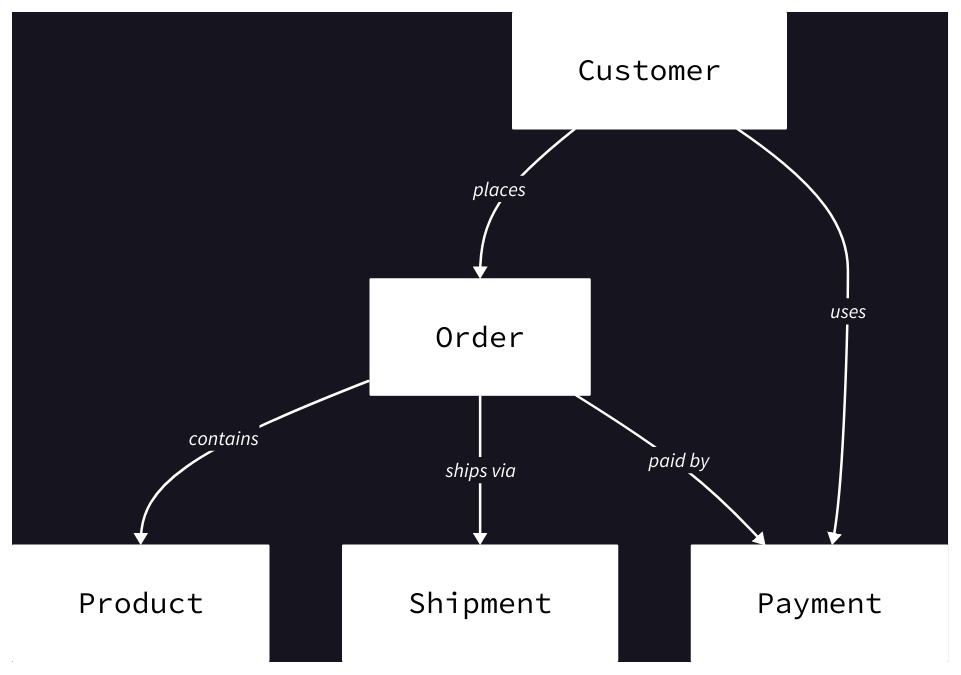
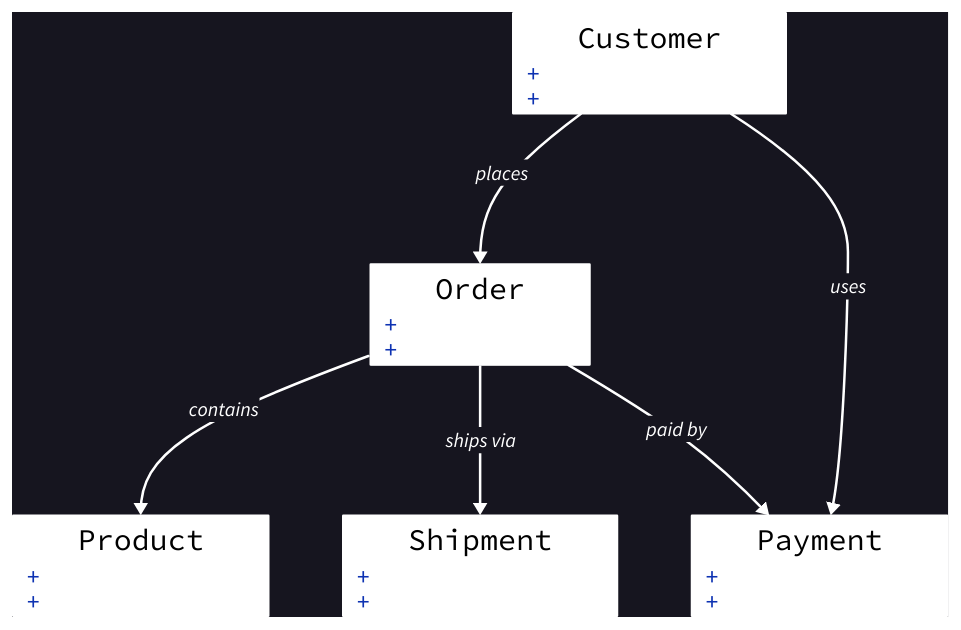
The diagram in src/content/posts/2026-05-29-service-boundaries-are-about-authority.md (dvdstelt/weblog), drawn with D2 before and after one commit.

Commit message:
✨ Add empty body compartments to authority diagram classes

````diff
--- a/src/content/posts/2026-05-29-service-boundaries-are-about-authority.md
+++ b/src/content/posts/2026-05-29-service-boundaries-are-about-authority.md
@@ -92,35 +92,45 @@
 ```d2
 # Inverted palette: page-matched background, white boxes and lines, white connection labels
 style.fill: "#16151F"
 *.style.fill: "#FFFFFF"
 *.style.stroke: "#FFFFFF"
 *.style.font-color: "#000000"
 (* -> *)[*].style.stroke: "#FFFFFF"
 (* -> *)[*].style.font-color: "#FFFFFF"
 
 Customer: {
   shape: class
+  " ": ""
+  "  ": ""
 }
 
 Order: {
   shape: class
+  " ": ""
+  "  ": ""
 }
 
 Product: {
   shape: class
+  " ": ""
+  "  ": ""
 }
 
 Shipment: {
   shape: class
+  " ": ""
+  "  ": ""
 }
 
 Payment: {
   shape: class
+  " ": ""
+  "  ": ""
 }
 
 Customer -> Order: places
 Customer -> Payment: uses
 Order -> Product: contains
 Order -> Shipment: ships via
 Order -> Payment: paid by
 ```
````
